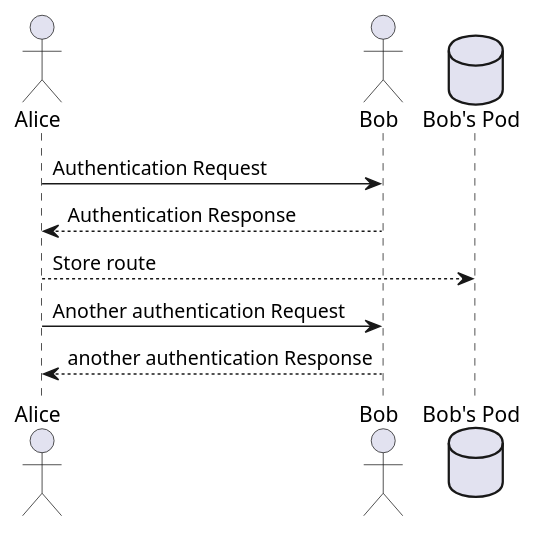
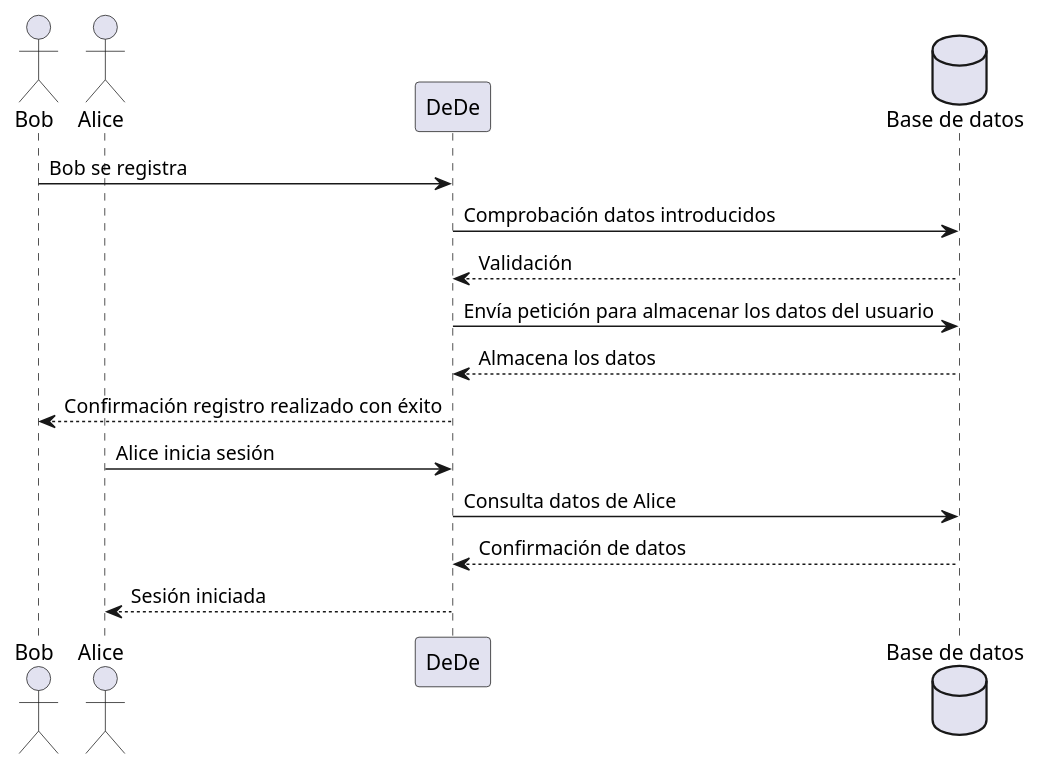
Before and after one commit to Arquisoft/dede_es6b: the diagram in docs/06_runtime_view.adoc, drawn with PlantUML. The commit also changed other lines of this file and 1 other file, not shown here.

```diff
--- a/docs/06_runtime_view.adoc
+++ b/docs/06_runtime_view.adoc
@@ -42,11 +9,17 @@
-[plantuml,"Sequence diagram",png]
+[plantuml,"06_runtime_registro",png]
 ----
+actor Bob
 actor Alice
-actor Bob
-database Pod as "Bob's Pod"
-Alice -> Bob: Authentication Request
-Bob --> Alice: Authentication Response
-Alice  --> Pod: Store route
-Alice -> Bob: Another authentication Request
-Alice <-- Bob: another authentication Response
+participant DeDe
+database bd as "Base de datos"
+Bob -> DeDe: Bob se registra
+DeDe -> bd: Comprobación datos introducidos
+DeDe <-- bd: Validación
+DeDe -> bd: Envía petición para almacenar los datos del usuario
+DeDe <-- bd: Almacena los datos
+Bob <-- DeDe: Confirmación registro realizado con éxito
+Alice -> DeDe: Alice inicia sesión 
+DeDe -> bd: Consulta datos de Alice
+DeDe <-- bd: Confirmación de datos
+Alice <-- DeDe: Sesión iniciada
 ----
```
